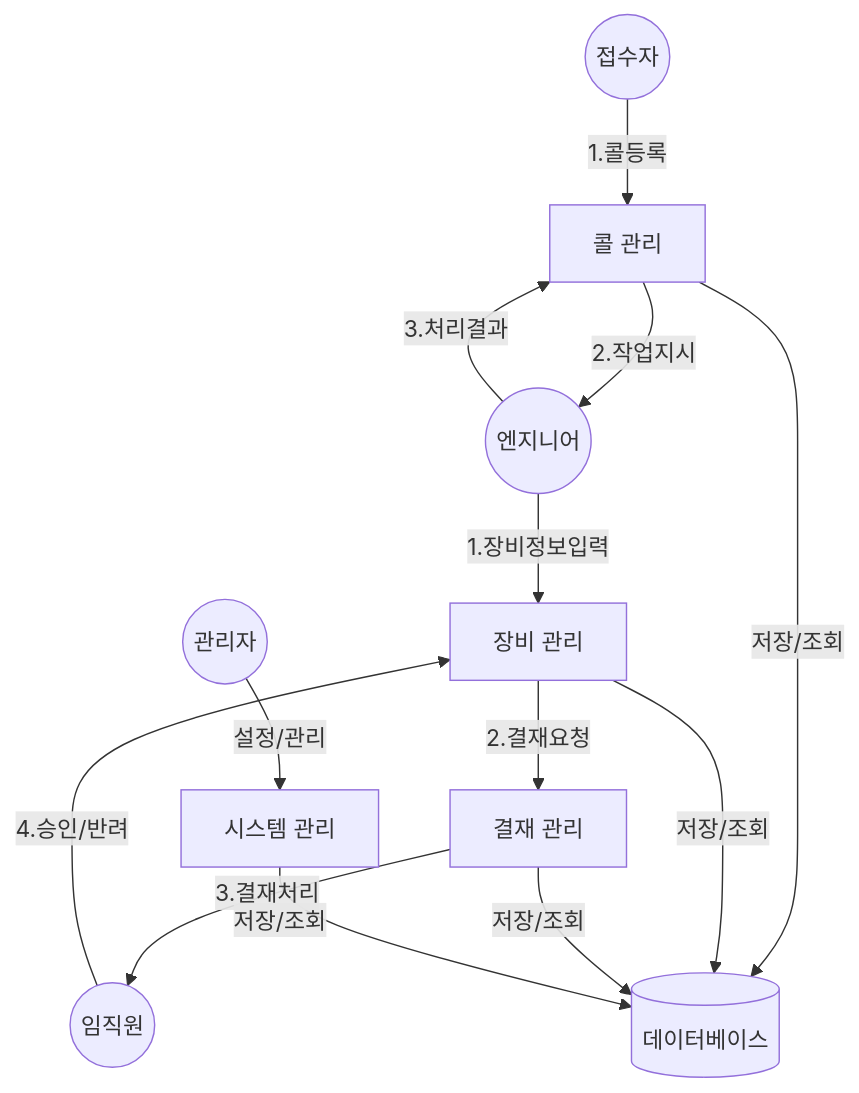
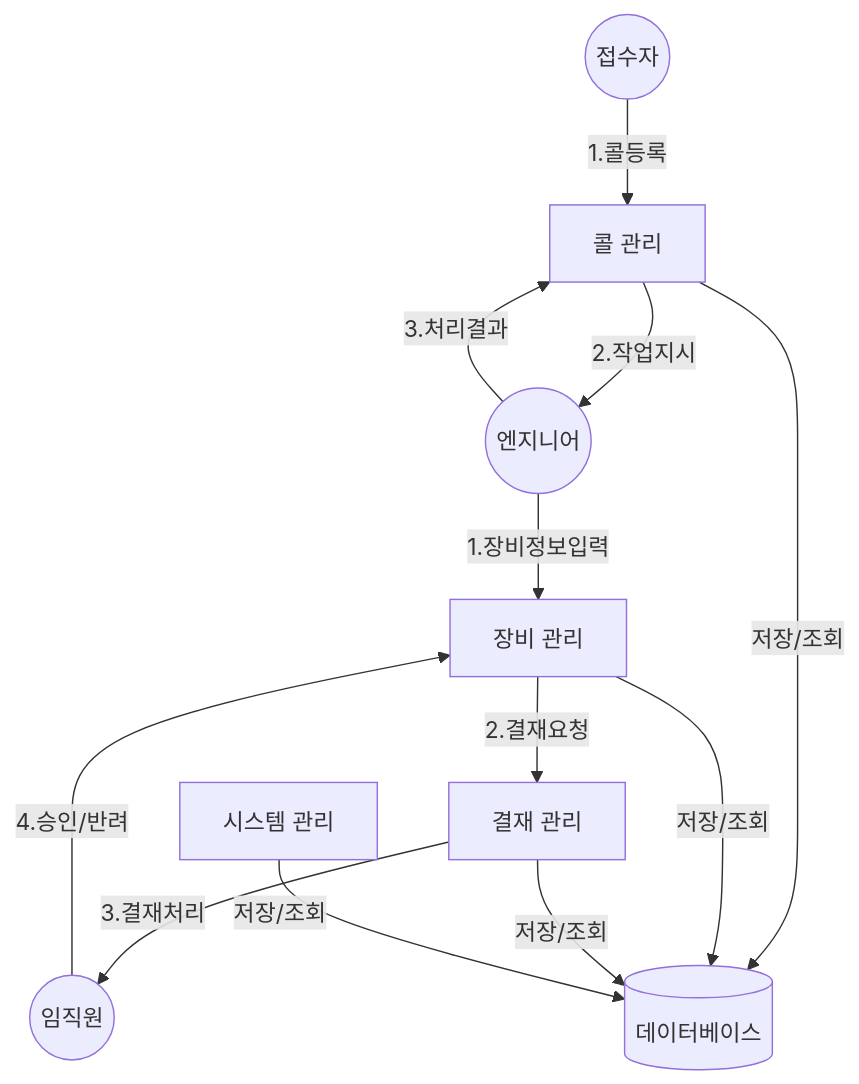
Before and after one commit to daekyung23/back-end: the second of 4 diagrams in docs/architecture/dfd.md, drawn with Mermaid.

````diff
--- a/docs/architecture/dfd.md
+++ b/docs/architecture/dfd.md
@@ -26,30 +26,27 @@
 ```mermaid
 flowchart TD
     Receiver((접수자))
     Engineer((엔지니어))
     Employees((임직원))
-    Admin((관리자))
     
     DB[(데이터베이스)]
     
     Call[콜 관리]
     Device[장비 관리]
     Approval[결재 관리]
     System[시스템 관리]
     
     Receiver -->|1.콜등록| Call
     Call -->|2.작업지시| Engineer
     Engineer -->|3.처리결과| Call
     
     Engineer -->|1.장비정보입력| Device
     Device -->|2.결재요청| Approval
     Approval -->|3.결재처리| Employees
     Employees -->|4.승인/반려| Device
     
-    Admin -->|설정/관리| System
-    
     Call -->|저장/조회| DB
     Device -->|저장/조회| DB
     Approval -->|저장/조회| DB
     System -->|저장/조회| DB
 ```
````
